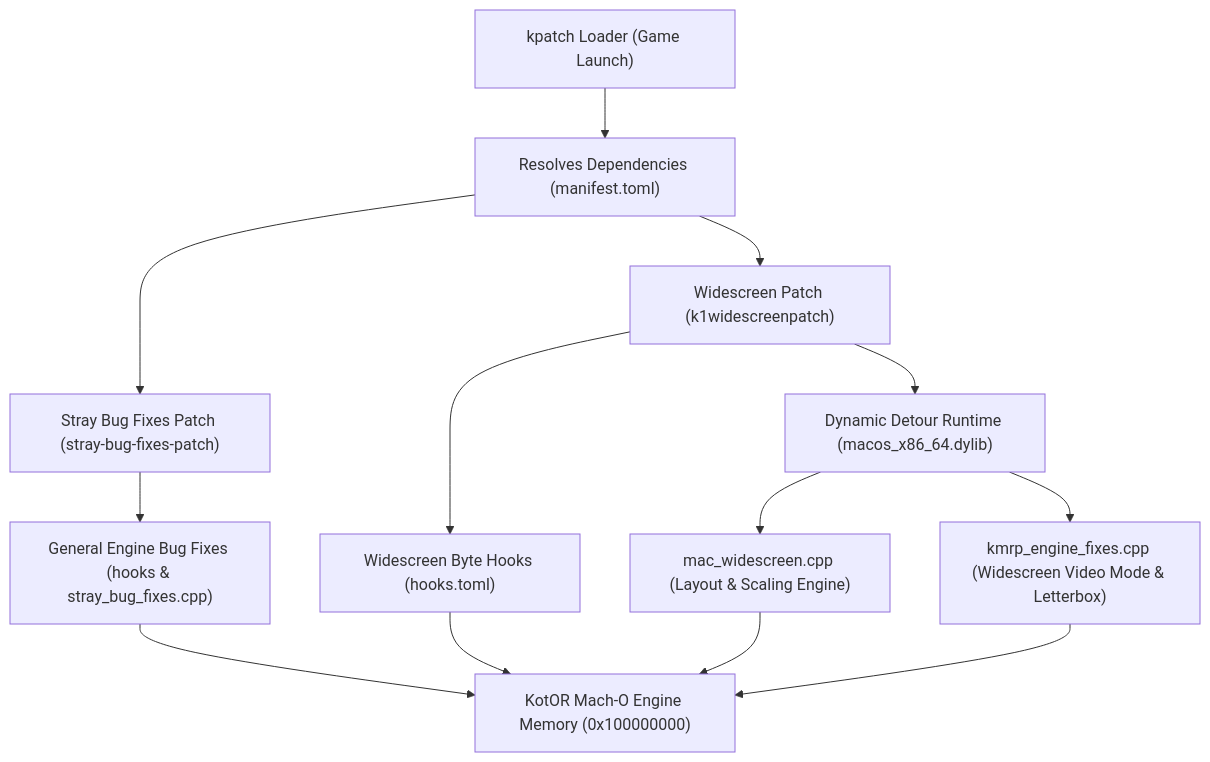
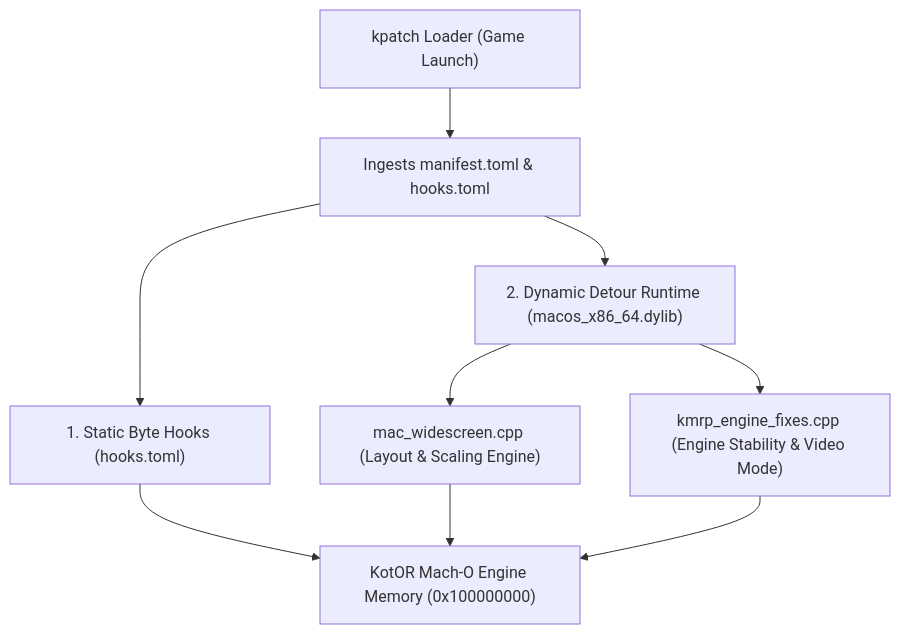
One commit to LaneDibello/Kotor-Patch-Manager changed the first of 2 diagrams in Patches/K1WidescreenPatch/README.md. Above: the diagram before and after it, drawn with Mermaid. The commit also changed other lines of this file and 2 other files, not shown here.

First line of the commit message:
Patch update/k1 widescreen patch (#296)

````diff
--- a/Patches/K1WidescreenPatch/README.md
+++ b/Patches/K1WidescreenPatch/README.md
@@ -96,15 +99,11 @@
 ```mermaid
 flowchart TD
-    Launcher["kpatch Loader (Game Launch)"] --> DepCheck["Resolves Dependencies (manifest.toml)"]
-    DepCheck --> StrayPatch["Stray Bug Fixes Patch (stray-bug-fixes-patch)"]
-    DepCheck --> WidescreenPatch["Widescreen Patch (k1widescreenpatch)"]
-    StrayPatch --> StaticBugs["General Engine Bug Fixes (hooks & stray_bug_fixes.cpp)"]
-    WidescreenPatch --> StaticHooks["Widescreen Byte Hooks (hooks.toml)"]
-    WidescreenPatch --> DylibLoad["Dynamic Detour Runtime (macos_x86_64.dylib)"]
+    Launcher["kpatch Loader (Game Launch)"] --> Ingest["Ingests manifest.toml & hooks.toml"]
+    Ingest --> StaticHooks["1. Static Byte Hooks (hooks.toml)"]
+    Ingest --> DylibLoad["2. Dynamic Detour Runtime (macos_x86_64.dylib)"]
     DylibLoad --> WidescreenCpp["mac_widescreen.cpp (Layout & Scaling Engine)"]
-    DylibLoad --> KmrpCpp["kmrp_engine_fixes.cpp (Widescreen Video Mode & Letterbox)"]
-    StaticBugs --> EngineMemory["KotOR Mach-O Engine Memory (0x100000000)"]
-    StaticHooks --> EngineMemory
+    DylibLoad --> KmrpCpp["kmrp_engine_fixes.cpp (Engine Stability & Video Mode)"]
+    StaticHooks --> EngineMemory["KotOR Mach-O Engine Memory (0x100000000)"]
     WidescreenCpp --> EngineMemory
     KmrpCpp --> EngineMemory
 ```
````
